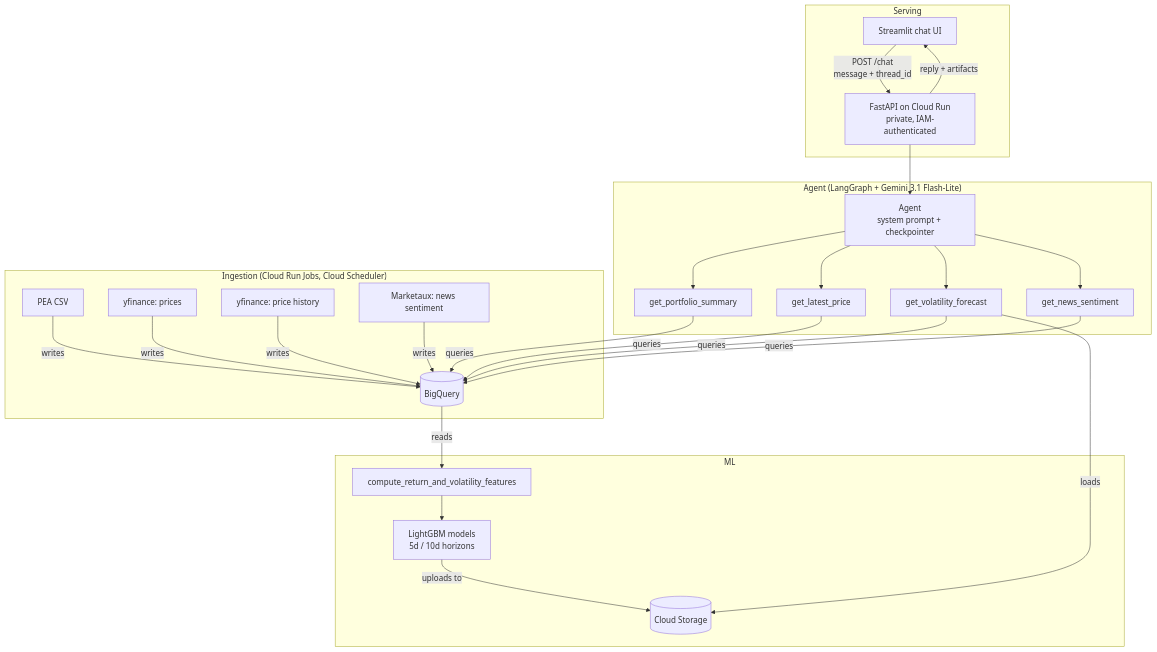
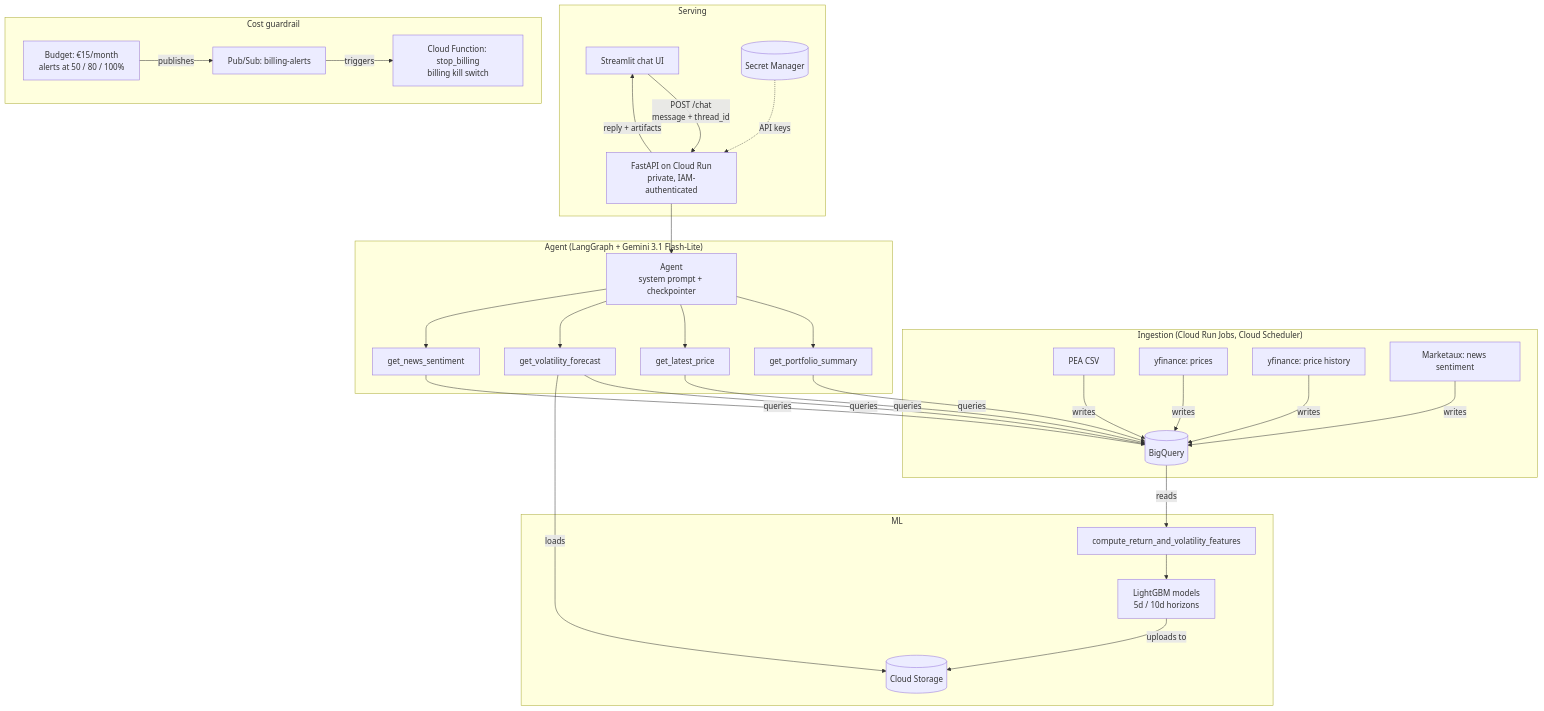
The diagram in README.md (TLiemNGY/portfolio-mle-finance), drawn with Mermaid before and after one commit. The commit also changed other lines of this file and 2 other files, not shown here.

````diff
--- a/README.md
+++ b/README.md
@@ -48,33 +48,39 @@
 ```mermaid
 flowchart TD
     subgraph Ingestion["Ingestion (Cloud Run Jobs, Cloud Scheduler)"]
         A1[PEA CSV] -->|writes| B[(BigQuery)]
         A2[yfinance: prices] -->|writes| B
         A3[yfinance: price history] -->|writes| B
         A4[Marketaux: news sentiment] -->|writes| B
     end
 
     subgraph ML
         B -->|reads| C[compute_return_and_volatility_features]
         C --> D[LightGBM models<br/>5d / 10d horizons]
         D -->|uploads to| E[(Cloud Storage)]
     end
 
     subgraph Agent["Agent (LangGraph + Gemini 3.1 Flash-Lite)"]
         F[Agent<br/>system prompt + checkpointer] --> G[get_portfolio_summary]
         F --> H[get_latest_price]
         F --> I[get_volatility_forecast]
         F --> K[get_news_sentiment]
         G -->|queries| B
         H -->|queries| B
         I -->|queries| B
         I -->|loads| E
         K -->|queries| B
     end
 
     subgraph Serving
         U[Streamlit chat UI] -->|POST /chat<br/>message + thread_id| J[FastAPI on Cloud Run<br/>private, IAM-authenticated]
         J --> F
         J -->|reply + artifacts| U
+        S[(Secret Manager)] -.->|API keys| J
+    end
+
+    subgraph Cost["Cost guardrail"]
+        BU[Budget: €15/month<br/>alerts at 50 / 80 / 100%] -->|publishes| PS[Pub/Sub: billing-alerts]
+        PS -->|triggers| CF[Cloud Function: stop_billing<br/>billing kill switch]
     end
 ```
````
